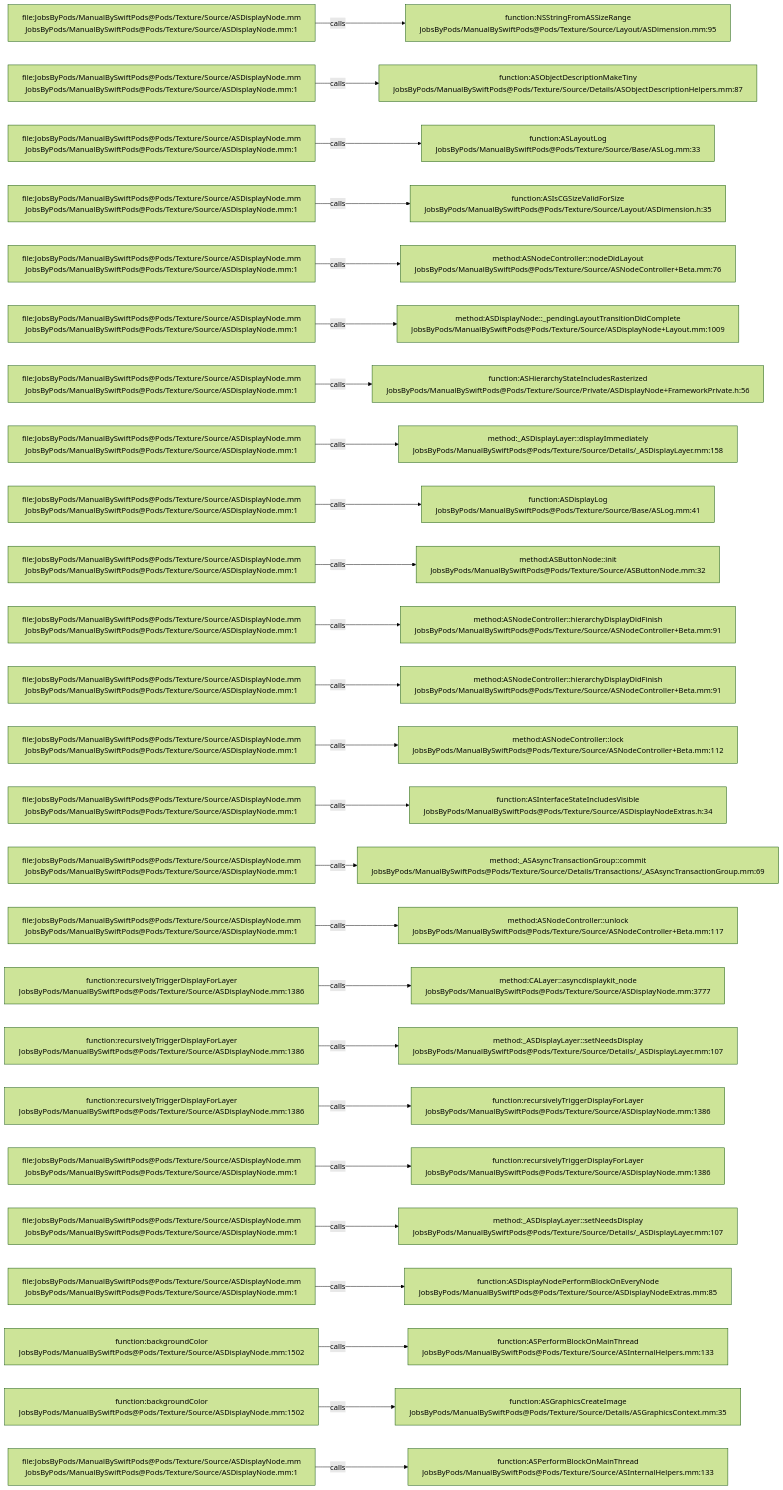
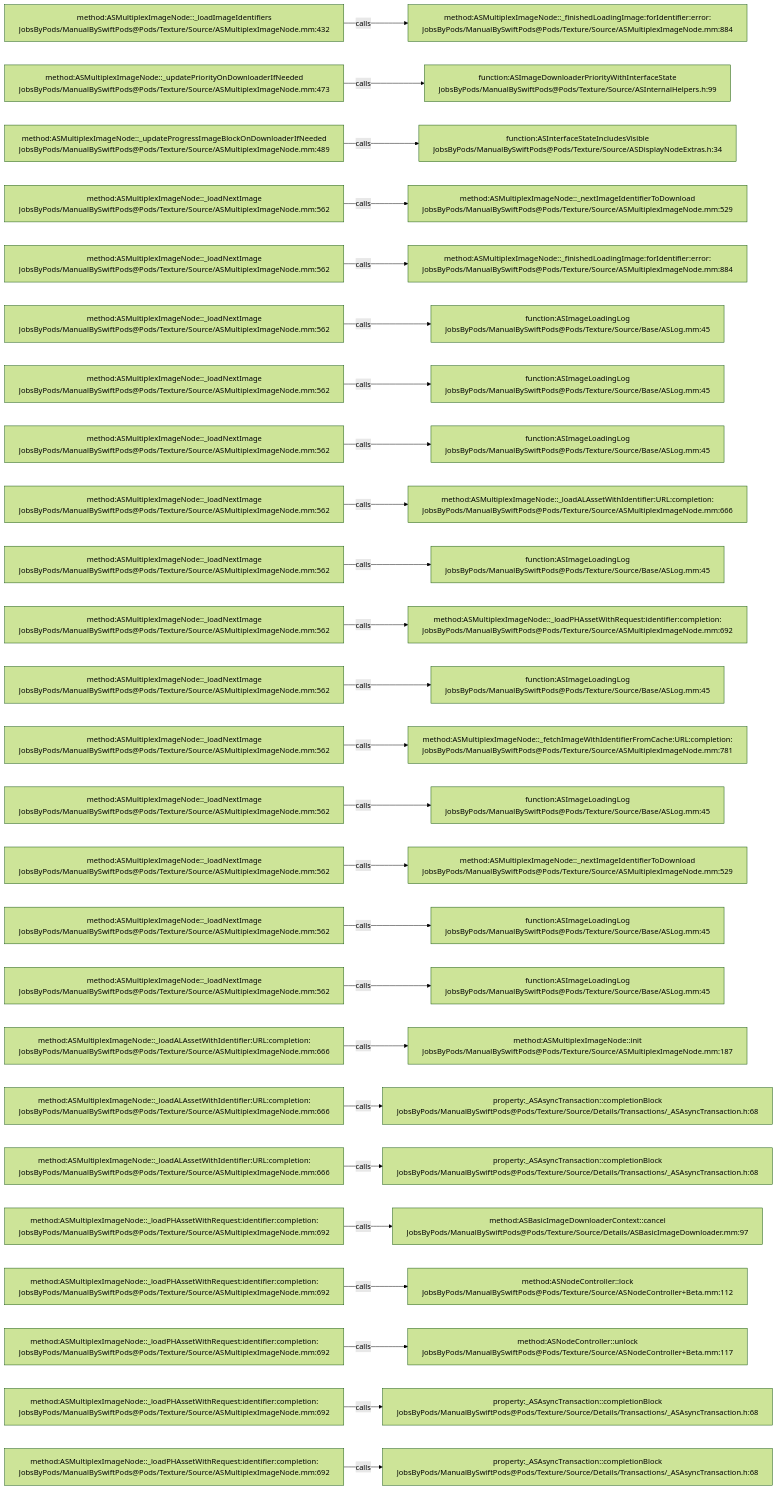
The diagram in .codegraph/codegraph.md/graphs/calls-048.md (JobsKits/JobsSwiftBaseConfigDemo), drawn with Mermaid (forest theme) before and after one commit. The commit also changed 832 other files, not shown here.

````diff
--- a/.codegraph/codegraph.md/graphs/calls-048.md
+++ b/.codegraph/codegraph.md/graphs/calls-048.md
@@ -13,78 +13,78 @@
 ```mermaid
 flowchart LR
-  S1["file:JobsByPods/ManualBySwiftPods@Pods/Texture/Source/ASDisplayNode.mm<br/>JobsByPods/ManualBySwiftPods@Pods/Texture/Source/ASDisplayNode.mm:1"]
-  T1["function:NSStringFromASSizeRange<br/>JobsByPods/ManualBySwiftPods@Pods/Texture/Source/Layout/ASDimension.mm:95"]
+  S1["method:ASMultiplexImageNode::_loadImageIdentifiers<br/>JobsByPods/ManualBySwiftPods@Pods/Texture/Source/ASMultiplexImageNode.mm:432"]
+  T1["method:ASMultiplexImageNode::_finishedLoadingImage:forIdentifier:error:<br/>JobsByPods/ManualBySwiftPods@Pods/Texture/Source/ASMultiplexImageNode.mm:884"]
   S1 -->|calls| T1
-  S2["file:JobsByPods/ManualBySwiftPods@Pods/Texture/Source/ASDisplayNode.mm<br/>JobsByPods/ManualBySwiftPods@Pods/Texture/Source/ASDisplayNode.mm:1"]
-  T2["function:ASObjectDescriptionMakeTiny<br/>JobsByPods/ManualBySwiftPods@Pods/Texture/Source/Details/ASObjectDescriptionHelpers.mm:87"]
+  S2["method:ASMultiplexImageNode::_updatePriorityOnDownloaderIfNeeded<br/>JobsByPods/ManualBySwiftPods@Pods/Texture/Source/ASMultiplexImageNode.mm:473"]
+  T2["function:ASImageDownloaderPriorityWithInterfaceState<br/>JobsByPods/ManualBySwiftPods@Pods/Texture/Source/ASInternalHelpers.h:99"]
   S2 -->|calls| T2
-  S3["file:JobsByPods/ManualBySwiftPods@Pods/Texture/Source/ASDisplayNode.mm<br/>JobsByPods/ManualBySwiftPods@Pods/Texture/Source/ASDisplayNode.mm:1"]
-  T3["function:ASLayoutLog<br/>JobsByPods/ManualBySwiftPods@Pods/Texture/Source/Base/ASLog.mm:33"]
+  S3["method:ASMultiplexImageNode::_updateProgressImageBlockOnDownloaderIfNeeded<br/>JobsByPods/ManualBySwiftPods@Pods/Texture/Source/ASMultiplexImageNode.mm:489"]
+  T3["function:ASInterfaceStateIncludesVisible<br/>JobsByPods/ManualBySwiftPods@Pods/Texture/Source/ASDisplayNodeExtras.h:34"]
   S3 -->|calls| T3
-  S4["file:JobsByPods/ManualBySwiftPods@Pods/Texture/Source/ASDisplayNode.mm<br/>JobsByPods/ManualBySwiftPods@Pods/Texture/Source/ASDisplayNode.mm:1"]
-  T4["function:ASIsCGSizeValidForSize<br/>JobsByPods/ManualBySwiftPods@Pods/Texture/Source/Layout/ASDimension.h:35"]
+  S4["method:ASMultiplexImageNode::_loadNextImage<br/>JobsByPods/ManualBySwiftPods@Pods/Texture/Source/ASMultiplexImageNode.mm:562"]
+  T4["method:ASMultiplexImageNode::_nextImageIdentifierToDownload<br/>JobsByPods/ManualBySwiftPods@Pods/Texture/Source/ASMultiplexImageNode.mm:529"]
   S4 -->|calls| T4
-  S5["file:JobsByPods/ManualBySwiftPods@Pods/Texture/Source/ASDisplayNode.mm<br/>JobsByPods/ManualBySwiftPods@Pods/Texture/Source/ASDisplayNode.mm:1"]
-  T5["method:ASNodeController::nodeDidLayout<br/>JobsByPods/ManualBySwiftPods@Pods/Texture/Source/ASNodeController+Beta.mm:76"]
+  S5["method:ASMultiplexImageNode::_loadNextImage<br/>JobsByPods/ManualBySwiftPods@Pods/Texture/Source/ASMultiplexImageNode.mm:562"]
+  T5["method:ASMultiplexImageNode::_finishedLoadingImage:forIdentifier:error:<br/>JobsByPods/ManualBySwiftPods@Pods/Texture/Source/ASMultiplexImageNode.mm:884"]
   S5 -->|calls| T5
-  S6["file:JobsByPods/ManualBySwiftPods@Pods/Texture/Source/ASDisplayNode.mm<br/>JobsByPods/ManualBySwiftPods@Pods/Texture/Source/ASDisplayNode.mm:1"]
-  T6["method:ASDisplayNode::_pendingLayoutTransitionDidComplete<br/>JobsByPods/ManualBySwiftPods@Pods/Texture/Source/ASDisplayNode+Layout.mm:1009"]
+  S6["method:ASMultiplexImageNode::_loadNextImage<br/>JobsByPods/ManualBySwiftPods@Pods/Texture/Source/ASMultiplexImageNode.mm:562"]
+  T6["function:ASImageLoadingLog<br/>JobsByPods/ManualBySwiftPods@Pods/Texture/Source/Base/ASLog.mm:45"]
   S6 -->|calls| T6
-  S7["file:JobsByPods/ManualBySwiftPods@Pods/Texture/Source/ASDisplayNode.mm<br/>JobsByPods/ManualBySwiftPods@Pods/Texture/Source/ASDisplayNode.mm:1"]
-  T7["function:ASHierarchyStateIncludesRasterized<br/>JobsByPods/ManualBySwiftPods@Pods/Texture/Source/Private/ASDisplayNode+FrameworkPrivate.h:56"]
+  S7["method:ASMultiplexImageNode::_loadNextImage<br/>JobsByPods/ManualBySwiftPods@Pods/Texture/Source/ASMultiplexImageNode.mm:562"]
+  T7["function:ASImageLoadingLog<br/>JobsByPods/ManualBySwiftPods@Pods/Texture/Source/Base/ASLog.mm:45"]
   S7 -->|calls| T7
-  S8["file:JobsByPods/ManualBySwiftPods@Pods/Texture/Source/ASDisplayNode.mm<br/>JobsByPods/ManualBySwiftPods@Pods/Texture/Source/ASDisplayNode.mm:1"]
-  T8["method:_ASDisplayLayer::displayImmediately<br/>JobsByPods/ManualBySwiftPods@Pods/Texture/Source/Details/_ASDisplayLayer.mm:158"]
+  S8["method:ASMultiplexImageNode::_loadNextImage<br/>JobsByPods/ManualBySwiftPods@Pods/Texture/Source/ASMultiplexImageNode.mm:562"]
+  T8["function:ASImageLoadingLog<br/>JobsByPods/ManualBySwiftPods@Pods/Texture/Source/Base/ASLog.mm:45"]
   S8 -->|calls| T8
-  S9["file:JobsByPods/ManualBySwiftPods@Pods/Texture/Source/ASDisplayNode.mm<br/>JobsByPods/ManualBySwiftPods@Pods/Texture/Source/ASDisplayNode.mm:1"]
-  T9["function:ASDisplayLog<br/>JobsByPods/ManualBySwiftPods@Pods/Texture/Source/Base/ASLog.mm:41"]
+  S9["method:ASMultiplexImageNode::_loadNextImage<br/>JobsByPods/ManualBySwiftPods@Pods/Texture/Source/ASMultiplexImageNode.mm:562"]
+  T9["method:ASMultiplexImageNode::_loadALAssetWithIdentifier:URL:completion:<br/>JobsByPods/ManualBySwiftPods@Pods/Texture/Source/ASMultiplexImageNode.mm:666"]
   S9 -->|calls| T9
-  S10["file:JobsByPods/ManualBySwiftPods@Pods/Texture/Source/ASDisplayNode.mm<br/>JobsByPods/ManualBySwiftPods@Pods/Texture/Source/ASDisplayNode.mm:1"]
-  T10["method:ASButtonNode::init<br/>JobsByPods/ManualBySwiftPods@Pods/Texture/Source/ASButtonNode.mm:32"]
+  S10["method:ASMultiplexImageNode::_loadNextImage<br/>JobsByPods/ManualBySwiftPods@Pods/Texture/Source/ASMultiplexImageNode.mm:562"]
+  T10["function:ASImageLoadingLog<br/>JobsByPods/ManualBySwiftPods@Pods/Texture/Source/Base/ASLog.mm:45"]
   S10 -->|calls| T10
-  S11["file:JobsByPods/ManualBySwiftPods@Pods/Texture/Source/ASDisplayNode.mm<br/>JobsByPods/ManualBySwiftPods@Pods/Texture/Source/ASDisplayNode.mm:1"]
-  T11["method:ASNodeController::hierarchyDisplayDidFinish<br/>JobsByPods/ManualBySwiftPods@Pods/Texture/Source/ASNodeController+Beta.mm:91"]
+  S11["method:ASMultiplexImageNode::_loadNextImage<br/>JobsByPods/ManualBySwiftPods@Pods/Texture/Source/ASMultiplexImageNode.mm:562"]
+  T11["method:ASMultiplexImageNode::_loadPHAssetWithRequest:identifier:completion:<br/>JobsByPods/ManualBySwiftPods@Pods/Texture/Source/ASMultiplexImageNode.mm:692"]
   S11 -->|calls| T11
-  S12["file:JobsByPods/ManualBySwiftPods@Pods/Texture/Source/ASDisplayNode.mm<br/>JobsByPods/ManualBySwiftPods@Pods/Texture/Source/ASDisplayNode.mm:1"]
-  T12["method:ASNodeController::hierarchyDisplayDidFinish<br/>JobsByPods/ManualBySwiftPods@Pods/Texture/Source/ASNodeController+Beta.mm:91"]
+  S12["method:ASMultiplexImageNode::_loadNextImage<br/>JobsByPods/ManualBySwiftPods@Pods/Texture/Source/ASMultiplexImageNode.mm:562"]
+  T12["function:ASImageLoadingLog<br/>JobsByPods/ManualBySwiftPods@Pods/Texture/Source/Base/ASLog.mm:45"]
   S12 -->|calls| T12
-  S13["file:JobsByPods/ManualBySwiftPods@Pods/Texture/Source/ASDisplayNode.mm<br/>JobsByPods/ManualBySwiftPods@Pods/Texture/Source/ASDisplayNode.mm:1"]
-  T13["method:ASNodeController::lock<br/>JobsByPods/ManualBySwiftPods@Pods/Texture/Source/ASNodeController+Beta.mm:112"]
+  S13["method:ASMultiplexImageNode::_loadNextImage<br/>JobsByPods/ManualBySwiftPods@Pods/Texture/Source/ASMultiplexImageNode.mm:562"]
+  T13["method:ASMultiplexImageNode::_fetchImageWithIdentifierFromCache:URL:completion:<br/>JobsByPods/ManualBySwiftPods@Pods/Texture/Source/ASMultiplexImageNode.mm:781"]
   S13 -->|calls| T13
-  S14["file:JobsByPods/ManualBySwiftPods@Pods/Texture/Source/ASDisplayNode.mm<br/>JobsByPods/ManualBySwiftPods@Pods/Texture/Source/ASDisplayNode.mm:1"]
-  T14["function:ASInterfaceStateIncludesVisible<br/>JobsByPods/ManualBySwiftPods@Pods/Texture/Source/ASDisplayNodeExtras.h:34"]
+  S14["method:ASMultiplexImageNode::_loadNextImage<br/>JobsByPods/ManualBySwiftPods@Pods/Texture/Source/ASMultiplexImageNode.mm:562"]
+  T14["function:ASImageLoadingLog<br/>JobsByPods/ManualBySwiftPods@Pods/Texture/Source/Base/ASLog.mm:45"]
   S14 -->|calls| T14
-  S15["file:JobsByPods/ManualBySwiftPods@Pods/Texture/Source/ASDisplayNode.mm<br/>JobsByPods/ManualBySwiftPods@Pods/Texture/Source/ASDisplayNode.mm:1"]
-  T15["method:_ASAsyncTransactionGroup::commit<br/>JobsByPods/ManualBySwiftPods@Pods/Texture/Source/Details/Transactions/_ASAsyncTransactionGroup.mm:69"]
+  S15["method:ASMultiplexImageNode::_loadNextImage<br/>JobsByPods/ManualBySwiftPods@Pods/Texture/Source/ASMultiplexImageNode.mm:562"]
+  T15["method:ASMultiplexImageNode::_nextImageIdentifierToDownload<br/>JobsByPods/ManualBySwiftPods@Pods/Texture/Source/ASMultiplexImageNode.mm:529"]
   S15 -->|calls| T15
-  S16["file:JobsByPods/ManualBySwiftPods@Pods/Texture/Source/ASDisplayNode.mm<br/>JobsByPods/ManualBySwiftPods@Pods/Texture/Source/ASDisplayNode.mm:1"]
-  T16["method:ASNodeController::unlock<br/>JobsByPods/ManualBySwiftPods@Pods/Texture/Source/ASNodeController+Beta.mm:117"]
+  S16["method:ASMultiplexImageNode::_loadNextImage<br/>JobsByPods/ManualBySwiftPods@Pods/Texture/Source/ASMultiplexImageNode.mm:562"]
+  T16["function:ASImageLoadingLog<br/>JobsByPods/ManualBySwiftPods@Pods/Texture/Source/Base/ASLog.mm:45"]
   S16 -->|calls| T16
-  S17["function:recursivelyTriggerDisplayForLayer<br/>JobsByPods/ManualBySwiftPods@Pods/Texture/Source/ASDisplayNode.mm:1386"]
-  T17["method:CALayer::asyncdisplaykit_node<br/>JobsByPods/ManualBySwiftPods@Pods/Texture/Source/ASDisplayNode.mm:3777"]
+  S17["method:ASMultiplexImageNode::_loadNextImage<br/>JobsByPods/ManualBySwiftPods@Pods/Texture/Source/ASMultiplexImageNode.mm:562"]
+  T17["function:ASImageLoadingLog<br/>JobsByPods/ManualBySwiftPods@Pods/Texture/Source/Base/ASLog.mm:45"]
   S17 -->|calls| T17
-  S18["function:recursivelyTriggerDisplayForLayer<br/>JobsByPods/ManualBySwiftPods@Pods/Texture/Source/ASDisplayNode.mm:1386"]
-  T18["method:_ASDisplayLayer::setNeedsDisplay<br/>JobsByPods/ManualBySwiftPods@Pods/Texture/Source/Details/_ASDisplayLayer.mm:107"]
+  S18["method:ASMultiplexImageNode::_loadALAssetWithIdentifier:URL:completion:<br/>JobsByPods/ManualBySwiftPods@Pods/Texture/Source/ASMultiplexImageNode.mm:666"]
+  T18["method:ASMultiplexImageNode::init<br/>JobsByPods/ManualBySwiftPods@Pods/Texture/Source/ASMultiplexImageNode.mm:187"]
   S18 -->|calls| T18
-  S19["function:recursivelyTriggerDisplayForLayer<br/>JobsByPods/ManualBySwiftPods@Pods/Texture/Source/ASDisplayNode.mm:1386"]
-  T19["function:recursivelyTriggerDisplayForLayer<br/>JobsByPods/ManualBySwiftPods@Pods/Texture/Source/ASDisplayNode.mm:1386"]
+  S19["method:ASMultiplexImageNode::_loadALAssetWithIdentifier:URL:completion:<br/>JobsByPods/ManualBySwiftPods@Pods/Texture/Source/ASMultiplexImageNode.mm:666"]
+  T19["property:_ASAsyncTransaction::completionBlock<br/>JobsByPods/ManualBySwiftPods@Pods/Texture/Source/Details/Transactions/_ASAsyncTransaction.h:68"]
   S19 -->|calls| T19
-  S20["file:JobsByPods/ManualBySwiftPods@Pods/Texture/Source/ASDisplayNode.mm<br/>JobsByPods/ManualBySwiftPods@Pods/Texture/Source/ASDisplayNode.mm:1"]
-  T20["function:recursivelyTriggerDisplayForLayer<br/>JobsByPods/ManualBySwiftPods@Pods/Texture/Source/ASDisplayNode.mm:1386"]
+  S20["method:ASMultiplexImageNode::_loadALAssetWithIdentifier:URL:completion:<br/>JobsByPods/ManualBySwiftPods@Pods/Texture/Source/ASMultiplexImageNode.mm:666"]
+  T20["property:_ASAsyncTransaction::completionBlock<br/>JobsByPods/ManualBySwiftPods@Pods/Texture/Source/Details/Transactions/_ASAsyncTransaction.h:68"]
   S20 -->|calls| T20
-  S21["file:JobsByPods/ManualBySwiftPods@Pods/Texture/Source/ASDisplayNode.mm<br/>JobsByPods/ManualBySwiftPods@Pods/Texture/Source/ASDisplayNode.mm:1"]
-  T21["method:_ASDisplayLayer::setNeedsDisplay<br/>JobsByPods/ManualBySwiftPods@Pods/Texture/Source/Details/_ASDisplayLayer.mm:107"]
+  S21["method:ASMultiplexImageNode::_loadPHAssetWithRequest:identifier:completion:<br/>JobsByPods/ManualBySwiftPods@Pods/Texture/Source/ASMultiplexImageNode.mm:692"]
+  T21["method:ASBasicImageDownloaderContext::cancel<br/>JobsByPods/ManualBySwiftPods@Pods/Texture/Source/Details/ASBasicImageDownloader.mm:97"]
   S21 -->|calls| T21
-  S22["file:JobsByPods/ManualBySwiftPods@Pods/Texture/Source/ASDisplayNode.mm<br/>JobsByPods/ManualBySwiftPods@Pods/Texture/Source/ASDisplayNode.mm:1"]
-  T22["function:ASDisplayNodePerformBlockOnEveryNode<br/>JobsByPods/ManualBySwiftPods@Pods/Texture/Source/ASDisplayNodeExtras.mm:85"]
+  S22["method:ASMultiplexImageNode::_loadPHAssetWithRequest:identifier:completion:<br/>JobsByPods/ManualBySwiftPods@Pods/Texture/Source/ASMultiplexImageNode.mm:692"]
+  T22["method:ASNodeController::lock<br/>JobsByPods/ManualBySwiftPods@Pods/Texture/Source/ASNodeController+Beta.mm:112"]
   S22 -->|calls| T22
-  S23["function:backgroundColor<br/>JobsByPods/ManualBySwiftPods@Pods/Texture/Source/ASDisplayNode.mm:1502"]
-  T23["function:ASPerformBlockOnMainThread<br/>JobsByPods/ManualBySwiftPods@Pods/Texture/Source/ASInternalHelpers.mm:133"]
+  S23["method:ASMultiplexImageNode::_loadPHAssetWithRequest:identifier:completion:<br/>JobsByPods/ManualBySwiftPods@Pods/Texture/Source/ASMultiplexImageNode.mm:692"]
+  T23["method:ASNodeController::unlock<br/>JobsByPods/ManualBySwiftPods@Pods/Texture/Source/ASNodeController+Beta.mm:117"]
   S23 -->|calls| T23
-  S24["function:backgroundColor<br/>JobsByPods/ManualBySwiftPods@Pods/Texture/Source/ASDisplayNode.mm:1502"]
-  T24["function:ASGraphicsCreateImage<br/>JobsByPods/ManualBySwiftPods@Pods/Texture/Source/Details/ASGraphicsContext.mm:35"]
+  S24["method:ASMultiplexImageNode::_loadPHAssetWithRequest:identifier:completion:<br/>JobsByPods/ManualBySwiftPods@Pods/Texture/Source/ASMultiplexImageNode.mm:692"]
+  T24["property:_ASAsyncTransaction::completionBlock<br/>JobsByPods/ManualBySwiftPods@Pods/Texture/Source/Details/Transactions/_ASAsyncTransaction.h:68"]
   S24 -->|calls| T24
-  S25["file:JobsByPods/ManualBySwiftPods@Pods/Texture/Source/ASDisplayNode.mm<br/>JobsByPods/ManualBySwiftPods@Pods/Texture/Source/ASDisplayNode.mm:1"]
-  T25["function:ASPerformBlockOnMainThread<br/>JobsByPods/ManualBySwiftPods@Pods/Texture/Source/ASInternalHelpers.mm:133"]
+  S25["method:ASMultiplexImageNode::_loadPHAssetWithRequest:identifier:completion:<br/>JobsByPods/ManualBySwiftPods@Pods/Texture/Source/ASMultiplexImageNode.mm:692"]
+  T25["property:_ASAsyncTransaction::completionBlock<br/>JobsByPods/ManualBySwiftPods@Pods/Texture/Source/Details/Transactions/_ASAsyncTransaction.h:68"]
   S25 -->|calls| T25
 ```
````
